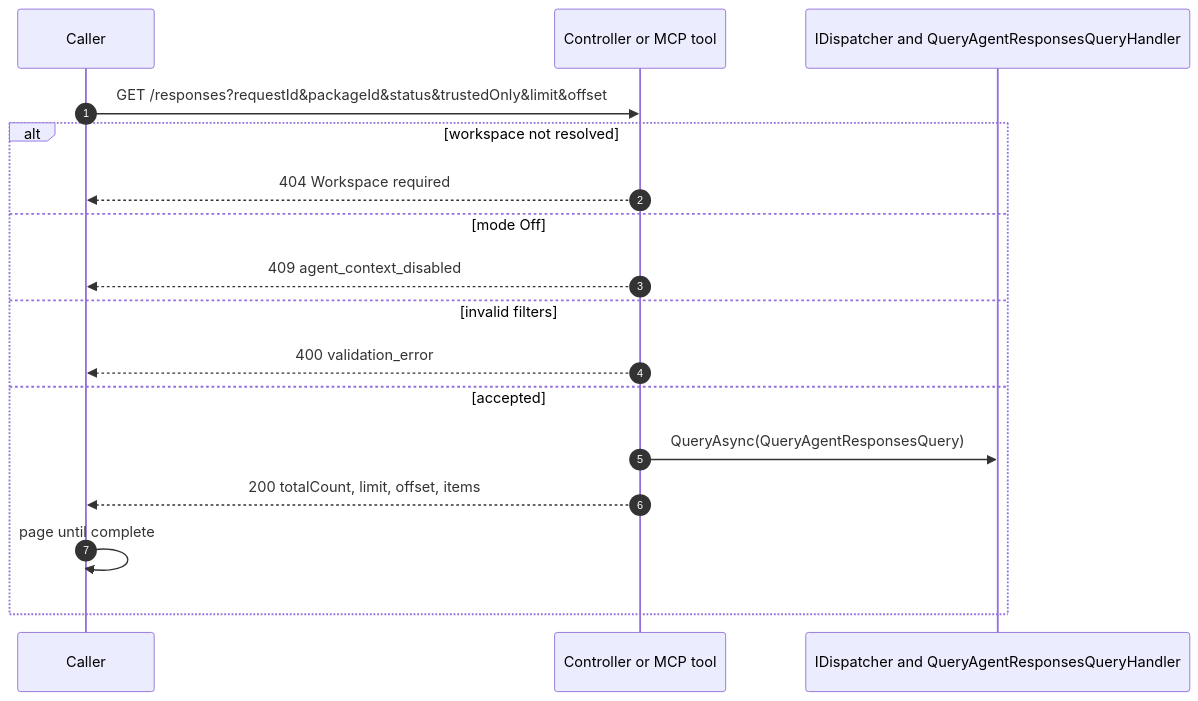
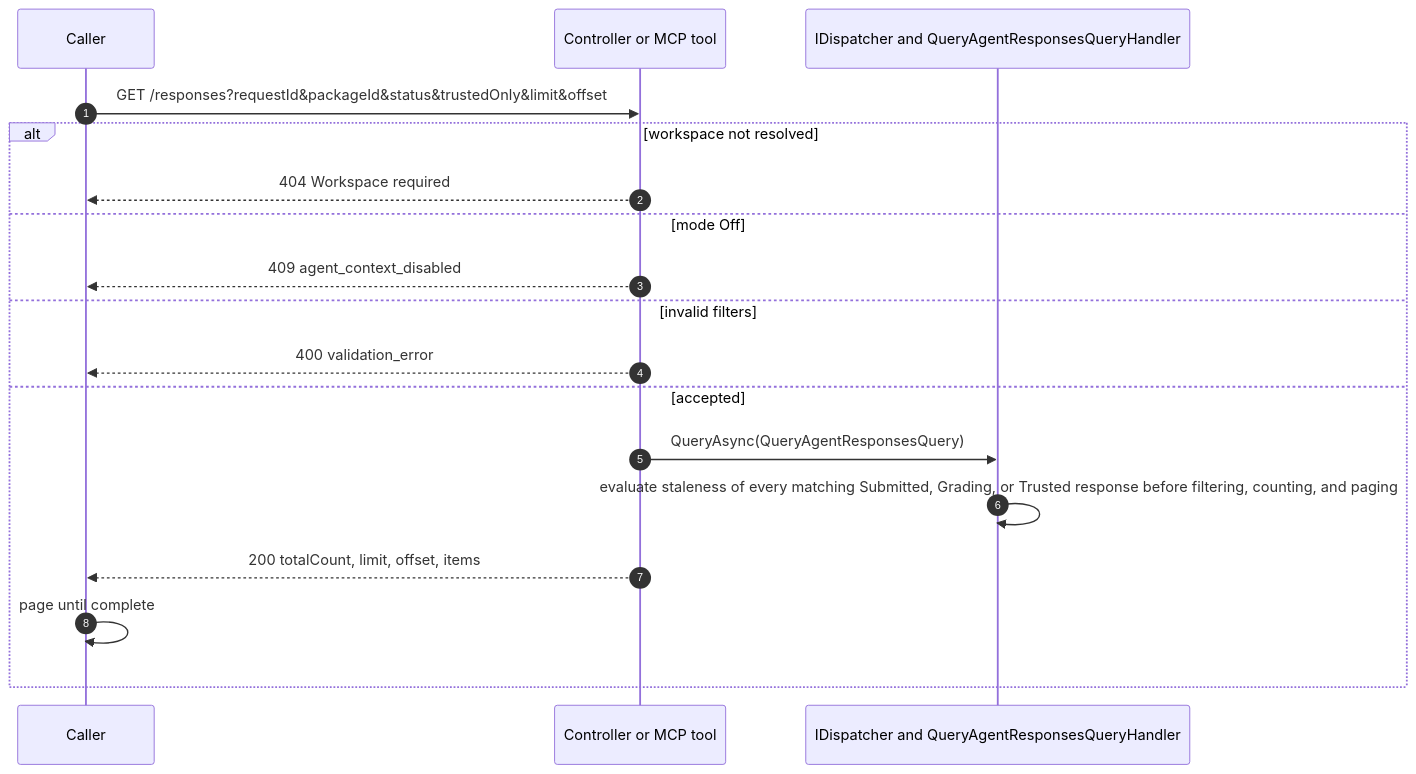
One commit to sharpninja/McpServer changed diagram 34 of 59 in docs/Stateless-Agent-Context-Management.md. Above: the diagram before and after it, drawn with Mermaid. The commit also changed other lines of this file and 2 other files, not shown here.

````diff
--- a/docs/Stateless-Agent-Context-Management.md
+++ b/docs/Stateless-Agent-Context-Management.md
@@ -1204,19 +1231,20 @@
 ```mermaid
 sequenceDiagram
     autonumber
     participant Caller
     participant API as Controller or MCP tool
     participant SVC as IDispatcher and QueryAgentResponsesQueryHandler
     Caller->>API: GET /responses?requestId&packageId&status&trustedOnly&limit&offset
     alt workspace not resolved
         API-->>Caller: 404 Workspace required
     else mode Off
         API-->>Caller: 409 agent_context_disabled
     else invalid filters
         API-->>Caller: 400 validation_error
     else accepted
         API->>SVC: QueryAsync(QueryAgentResponsesQuery)
+        SVC->>SVC: evaluate staleness of every matching Submitted, Grading, or Trusted response before filtering, counting, and paging
         API-->>Caller: 200 totalCount, limit, offset, items
         Caller->>Caller: page until complete
     end
 ```
````
